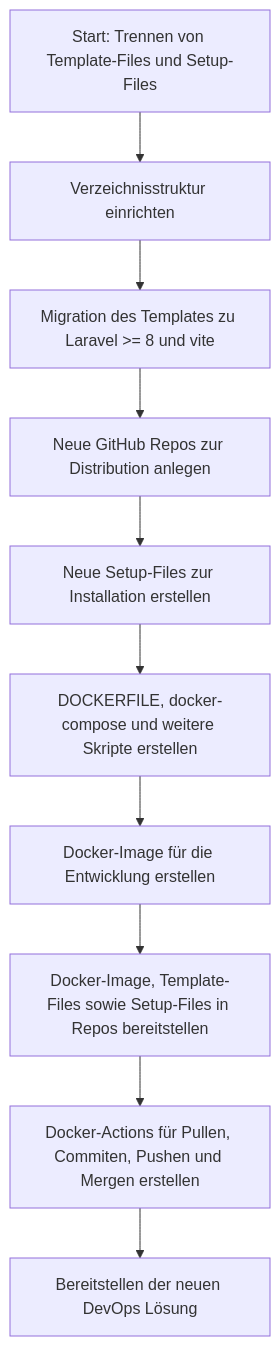
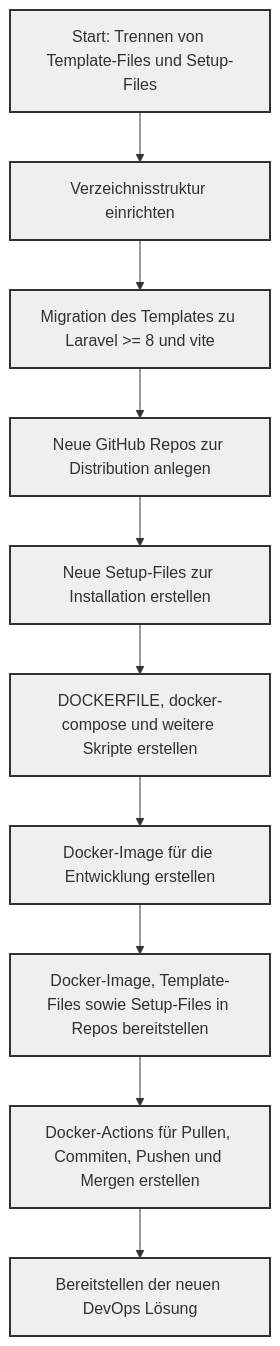
The diagram in README.md (SBiester/CD-CI-Laravel-Vue-DevTemplate), drawn with Mermaid before and after one commit.

````diff
--- a/README.md
+++ b/README.md
@@ -2,16 +2,27 @@
 ```mermaid
 ---
 config:
   layout: dagre
 ---
 flowchart TD
     A["Start: Trennen von Template-Files und Setup-Files"] --> B["Verzeichnisstruktur einrichten"]
     B --> C["Migration des Templates zu Laravel &gt;= 8 und vite"]
     C --> D["Neue GitHub Repos zur Distribution anlegen"]
     D --> E["Neue Setup-Files zur Installation erstellen"]
     E --> F["DOCKERFILE, docker-compose und weitere Skripte erstellen"]
     F --> G["Docker-Image für die Entwicklung erstellen"]
     G --> H["Docker-Image, Template-Files sowie Setup-Files in Repos bereitstellen"]
     H --> I["Docker-Actions für Pullen, Commiten, Pushen und Mergen erstellen"]
     I --> J["Bereitstellen der neuen DevOps Lösung"]
+     A:::dark
+     B:::dark
+     C:::dark
+     D:::dark
+     E:::dark
+     F:::dark
+     G:::dark
+     H:::dark
+     I:::dark
+     J:::dark
+    classDef dark stroke-width:2px, stroke-dasharray: 0, stroke:#313131, fill:#EFEFEF, color:#313131
 ```
````
